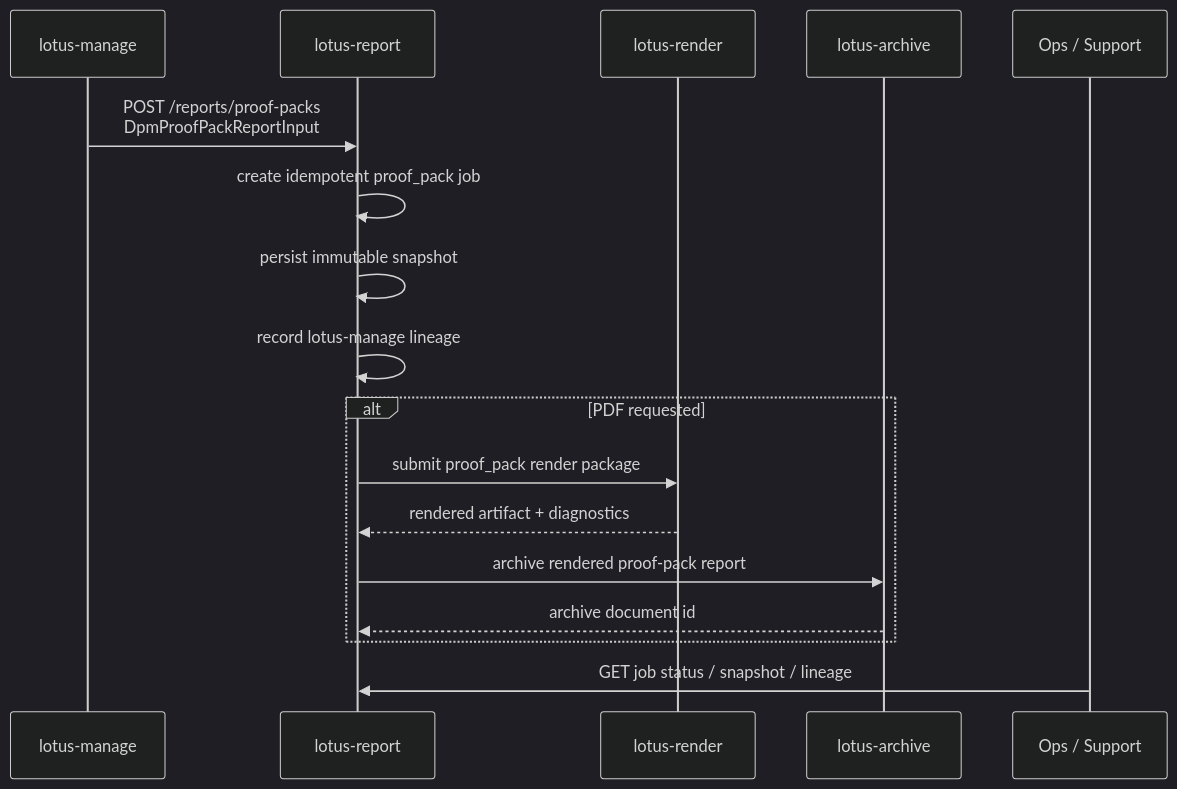
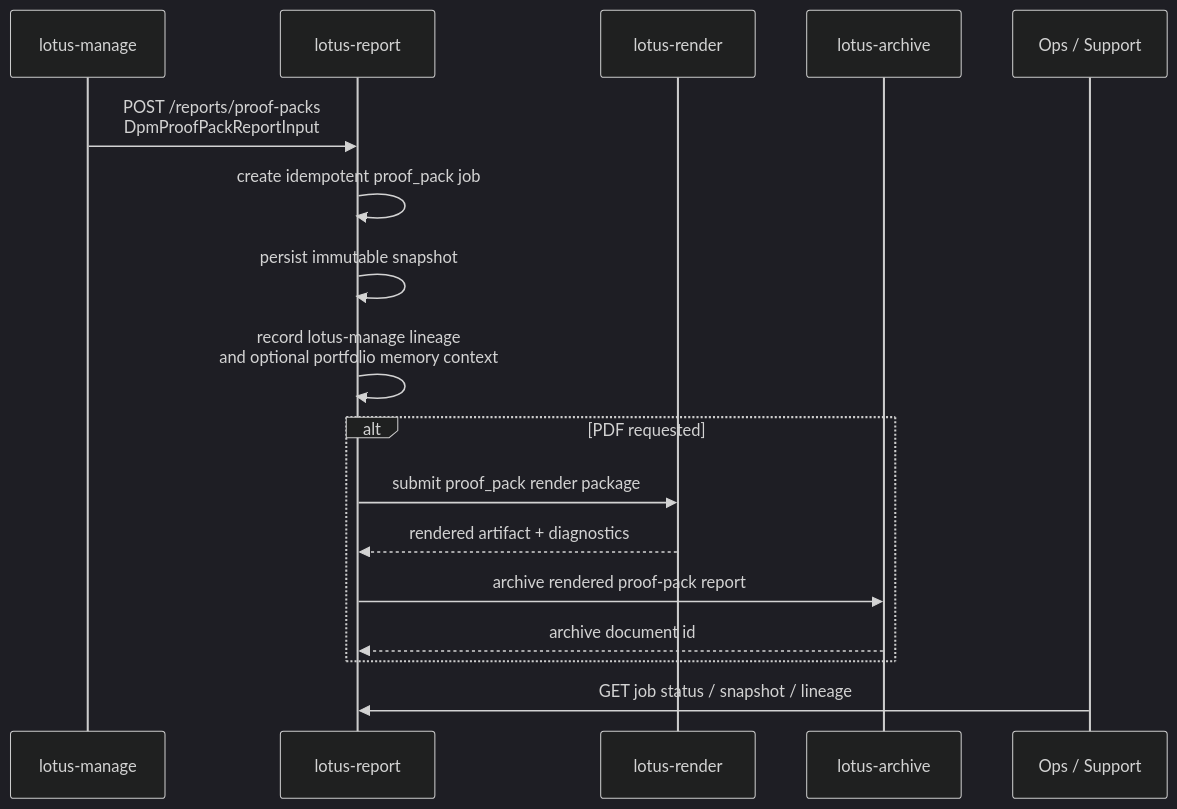
Before and after one commit to sgajbi/lotus-report: the diagram in wiki/Proof-Pack-Report.md, drawn with Mermaid (dark theme). The commit also changed other lines of this file and 9 other files, not shown here.

Commit message:
Carry portfolio memory context into reports

````diff
--- a/wiki/Proof-Pack-Report.md
+++ b/wiki/Proof-Pack-Report.md
@@ -16,20 +19,20 @@
 ```mermaid
 sequenceDiagram
     participant Manage as lotus-manage
     participant Report as lotus-report
     participant Render as lotus-render
     participant Archive as lotus-archive
     participant Ops as Ops / Support
 
     Manage->>Report: POST /reports/proof-packs<br/>DpmProofPackReportInput
     Report->>Report: create idempotent proof_pack job
     Report->>Report: persist immutable snapshot
-    Report->>Report: record lotus-manage lineage
+    Report->>Report: record lotus-manage lineage<br/>and optional portfolio memory context
     alt PDF requested
         Report->>Render: submit proof_pack render package
         Render-->>Report: rendered artifact + diagnostics
         Report->>Archive: archive rendered proof-pack report
         Archive-->>Report: archive document id
     end
     Ops->>Report: GET job status / snapshot / lineage
 ```
````
